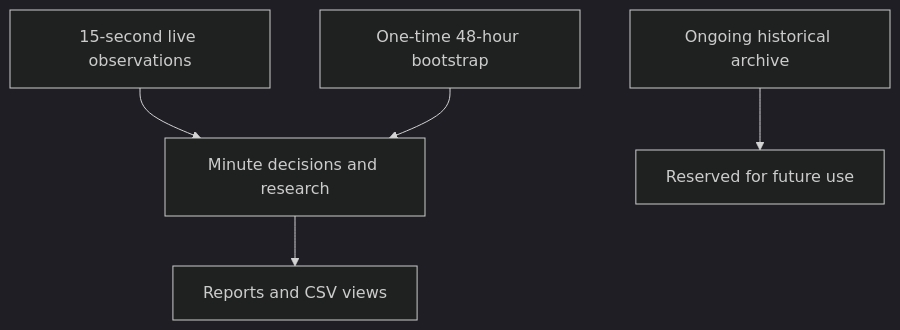
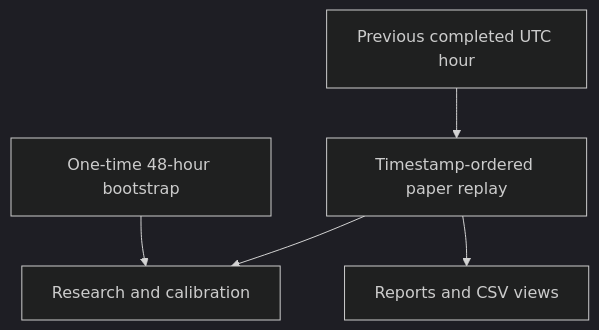
Before and after one commit to cheeseonamonkey/PaperLab: the diagram in docs/OPERATIONS.md, drawn with Mermaid (dark theme). The commit also changed other lines of this file and 15 other files, not shown here.

Commit message:
feat: replay previous closed hour in one paper research batch

````diff
--- a/docs/OPERATIONS.md
+++ b/docs/OPERATIONS.md
@@ -22,7 +22,7 @@
 ```mermaid
 flowchart TD
-  Live["15-second live observations"] --> Train["Minute decisions and research"]
-  Seed["One-time 48-hour bootstrap"] --> Train
-  Archive["Ongoing historical archive"] --> Later["Reserved for future use"]
-  Train --> Docs["Reports and CSV views"]
+  Hour["Previous completed UTC hour"] --> Replay["Timestamp-ordered paper replay"]
+  Seed["One-time 48-hour bootstrap"] --> Train["Research and calibration"]
+  Replay --> Train
+  Replay --> Docs["Reports and CSV views"]
 ```
````
